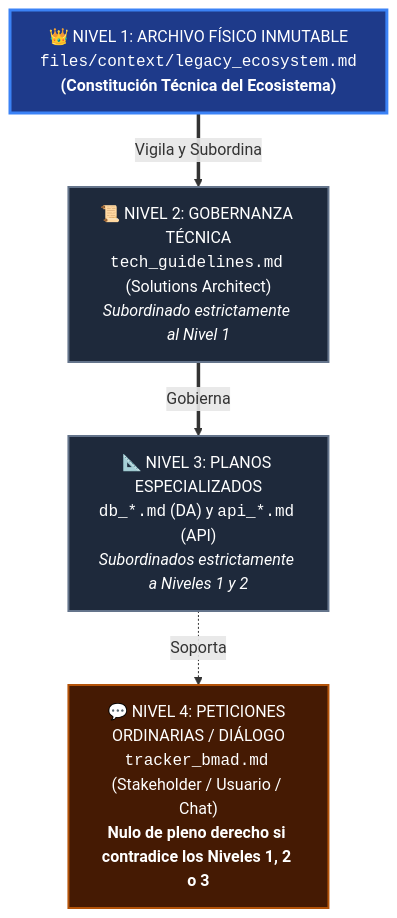
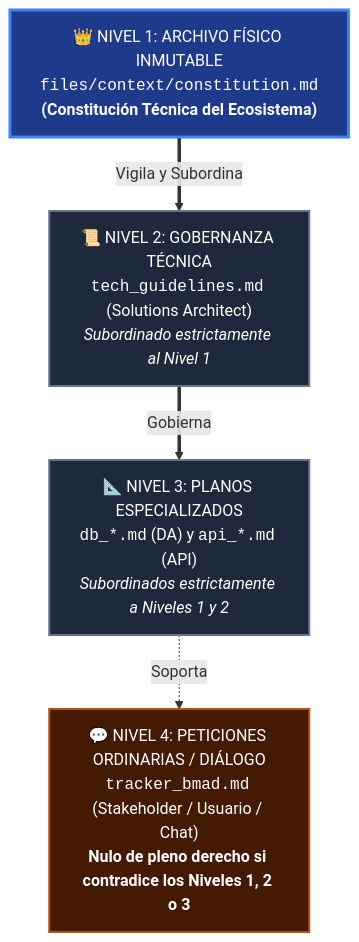
Before and after one commit to pauloravicaceres/template-bmad: the diagram in plan_gobierno.md, drawn with Mermaid. The commit also changed other lines of this file and 132 other files, not shown here.

````diff
--- a/plan_gobierno.md
+++ b/plan_gobierno.md
@@ -43,16 +43,16 @@
 ```mermaid
 flowchart TD
-    N1["👑 NIVEL 1: ARCHIVO FÍSICO INMUTABLE<br><code>files/context/legacy_ecosystem.md</code><br><b>(Constitución Técnica del Ecosistema)</b>"]
+    N1["👑 NIVEL 1: ARCHIVO FÍSICO INMUTABLE<br><code>files/context/constitution.md</code><br><b>(Constitución Técnica del Ecosistema)</b>"]
     N2["📜 NIVEL 2: GOBERNANZA TÉCNICA<br><code>tech_guidelines.md</code> (Solutions Architect)<br><i>Subordinado estrictamente al Nivel 1</i>"]
     N3["📐 NIVEL 3: PLANOS ESPECIALIZADOS<br><code>db_*.md</code> (DA) y <code>api_*.md</code> (API)<br><i>Subordinados estrictamente a Niveles 1 y 2</i>"]
     N4["💬 NIVEL 4: PETICIONES ORDINARIAS / DIÁLOGO<br><code>tracker_bmad.md</code> (Stakeholder / Usuario / Chat)<br><b>Nulo de pleno derecho si contradice los Niveles 1, 2 o 3</b>"]
 
     N1 ==>|Vigila y Subordina| N2
     N2 ==>|Gobierna| N3
     N3 -.->|Soporta| N4
 
     style N1 fill:#1e3a8a,stroke:#3b82f6,stroke-width:3px,color:#ffffff
     style N2 fill:#1e293b,stroke:#64748b,stroke-width:2px,color:#ffffff
     style N3 fill:#1e293b,stroke:#64748b,stroke-width:2px,color:#ffffff
     style N4 fill:#451a03,stroke:#b45309,stroke-width:2px,color:#ffffff
 ```
````
